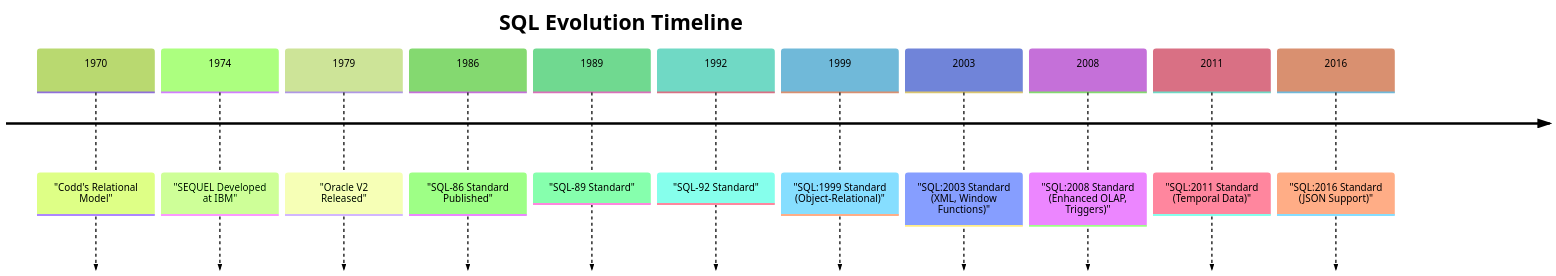
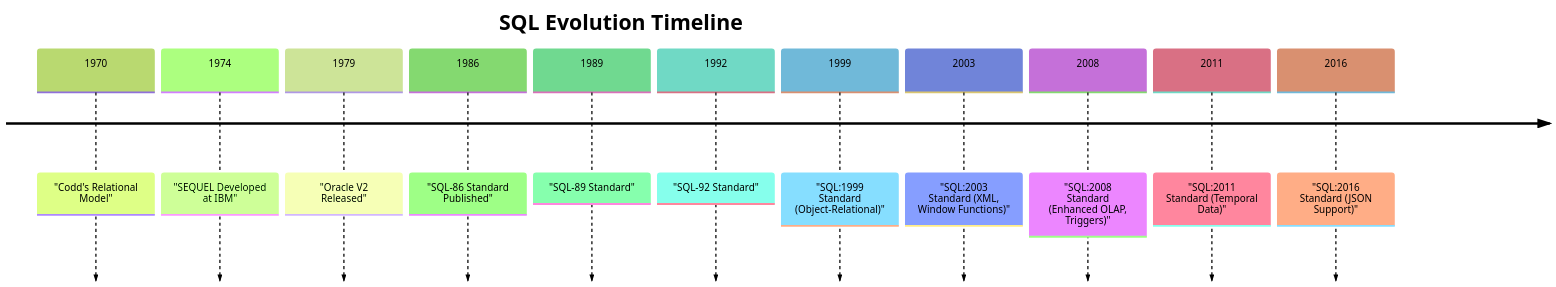
Before and after one commit to MasteryEducation/SoftwarePatternsLexicon.com: the diagram in content/patterns-sql/1/3/index.md, drawn with Mermaid (forest theme). The commit also changed other lines of this file and 7 other files, not shown here.

````diff
--- a/content/patterns-sql/1/3/index.md
+++ b/content/patterns-sql/1/3/index.md
@@ -195,15 +195,15 @@
 ```mermaid
 timeline
     title SQL Evolution Timeline
     1970 : "Codd's Relational Model"
     1974 : "SEQUEL Developed at IBM"
     1979 : "Oracle V2 Released"
     1986 : "SQL-86 Standard Published"
     1989 : "SQL-89 Standard"
     1992 : "SQL-92 Standard"
-    1999 : "SQL:1999 Standard (Object-Relational)"
-    2003 : "SQL:2003 Standard (XML, Window Functions)"
-    2008 : "SQL:2008 Standard (Enhanced OLAP, Triggers)"
-    2011 : "SQL:2011 Standard (Temporal Data)"
-    2016 : "SQL:2016 Standard (JSON Support)"
+    1999 : "SQL#58;1999 Standard (Object-Relational)"
+    2003 : "SQL#58;2003 Standard (XML, Window Functions)"
+    2008 : "SQL#58;2008 Standard (Enhanced OLAP, Triggers)"
+    2011 : "SQL#58;2011 Standard (Temporal Data)"
+    2016 : "SQL#58;2016 Standard (JSON Support)"
 ```
````
